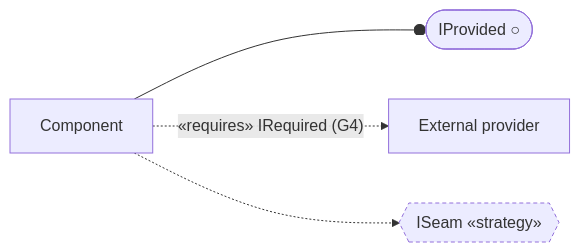
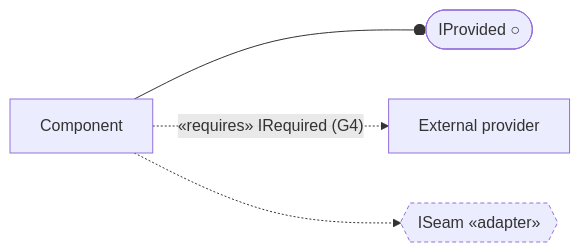
The diagram in oblysk/docs/design/README.md (sebasas15/rmf_oblysk), drawn with Mermaid before and after one commit. The commit also changed 4 other files, not shown here.

````diff
--- a/oblysk/docs/design/README.md
+++ b/oblysk/docs/design/README.md
@@ -40,9 +40,9 @@
 ```mermaid
 flowchart LR
   classDef seam stroke-dasharray:4 3;
   C["Component"]
   C --o P(["IProvided ○"])
   C -.->|"«requires» IRequired (G4)"| EXT["External provider"]
-  C -.-> S{{"ISeam «strategy»"}}
+  C -.-> S{{"ISeam «adapter»"}}
   class S seam;
 ```
````
